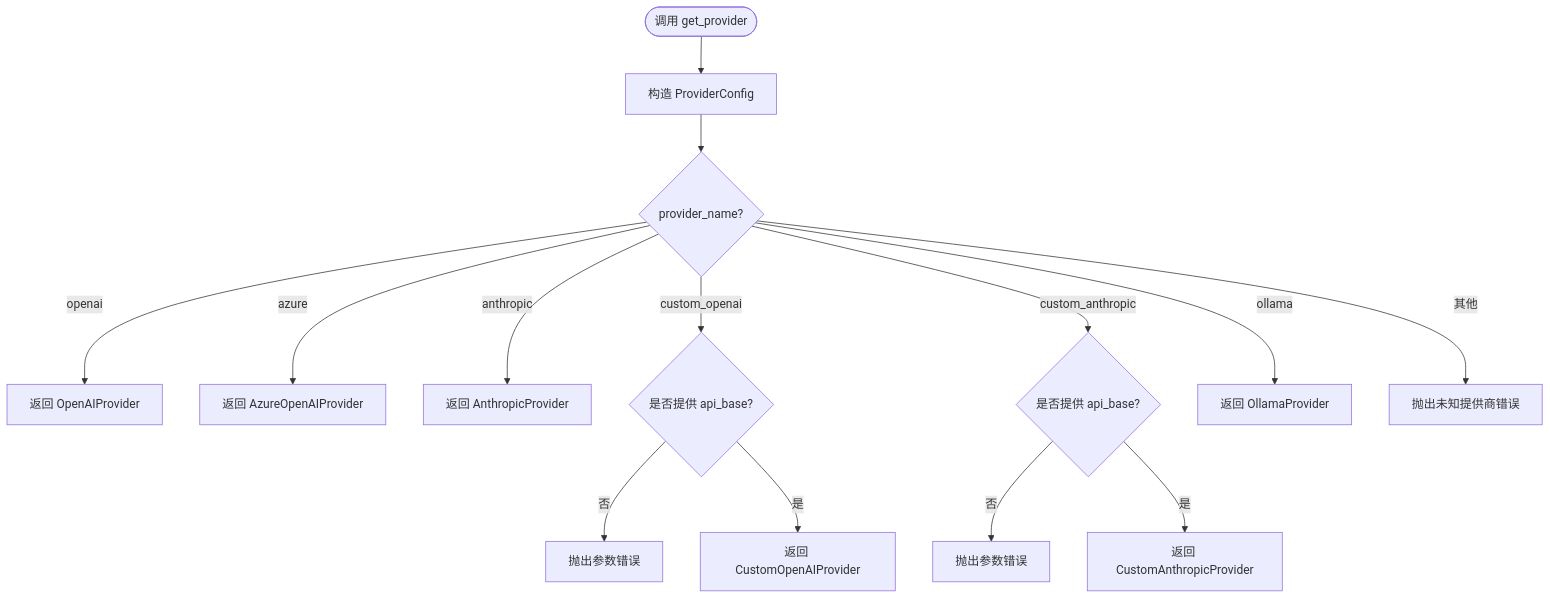
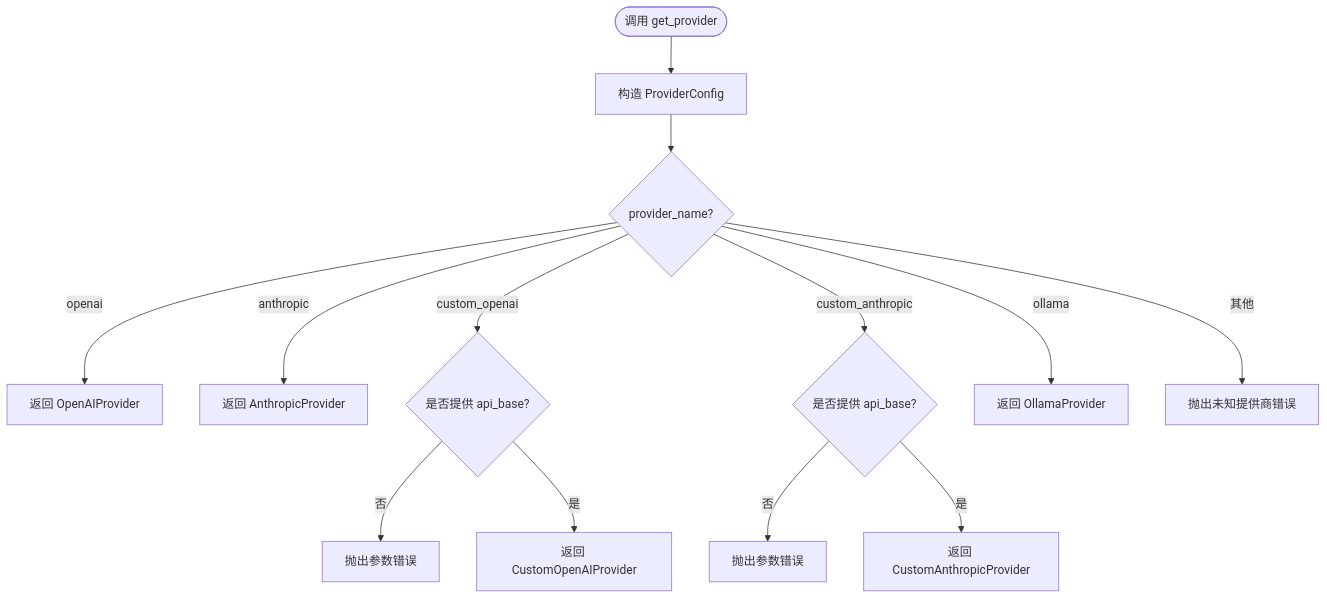
The sixth of 8 diagrams in .qoder/repowiki/zh/content/LLM提供商适配/自定义提供商开发.md (wowzhangji/doc_ai_parser), drawn with Mermaid before and after one commit. The commit also changed other lines of this file and 25 other files, not shown here.

````diff
--- a/.qoder/repowiki/zh/content/LLM提供商适配/自定义提供商开发.md
+++ b/.qoder/repowiki/zh/content/LLM提供商适配/自定义提供商开发.md
@@ -265,16 +266,15 @@
 ```mermaid
 flowchart TD
 Start(["调用 get_provider"]) --> BuildCfg["构造 ProviderConfig"]
 BuildCfg --> Select{"provider_name?"}
 Select --> |"openai"| NewOpenAI["返回 OpenAIProvider"]
-Select --> |"azure"| NewAzure["返回 AzureOpenAIProvider"]
 Select --> |"anthropic"| NewAnthropic["返回 AnthropicProvider"]
 Select --> |"custom_openai"| CheckCO{"是否提供 api_base?"}
 CheckCO --> |否| ErrCO["抛出参数错误"]
 CheckCO --> |是| NewCustomOAI["返回 CustomOpenAIProvider"]
 Select --> |"custom_anthropic"| CheckCA{"是否提供 api_base?"}
 CheckCA --> |否| ErrCA["抛出参数错误"]
 CheckCA --> |是| NewCustomAnth["返回 CustomAnthropicProvider"]
 Select --> |"ollama"| NewOllama["返回 OllamaProvider"]
 Select --> |其他| ErrUnknown["抛出未知提供商错误"]
 ```
````
